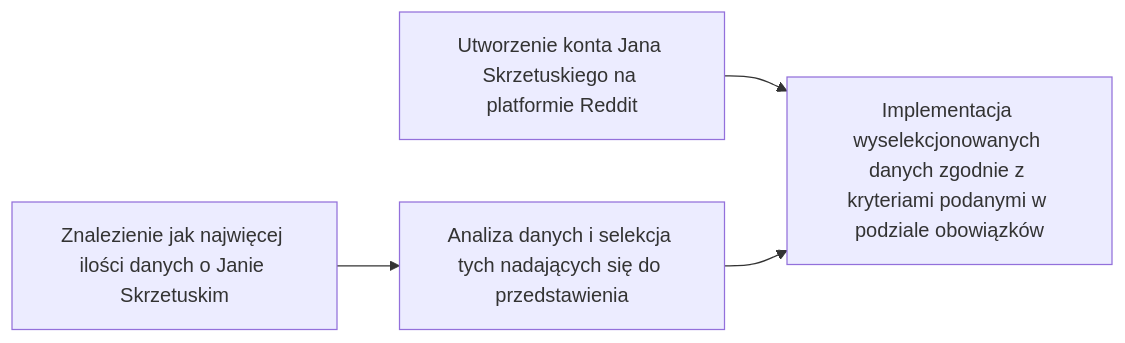
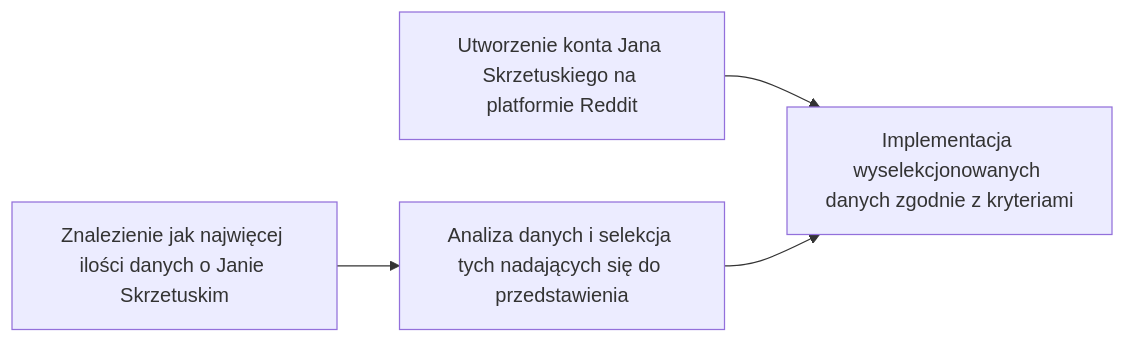
One commit to n-kodem/Jan-Skrzetuski_Twitter changed the diagram in README.md. Above: the diagram before and after it, drawn with Mermaid.

Commit message:
readme update

````diff
--- a/README.md
+++ b/README.md
@@ -25,6 +25,6 @@
 ```mermaid
 graph LR
     A1[Znalezienie jak najwięcej ilości danych o Janie Skrzetuskim] --> B[Analiza danych i selekcja tych nadających się do przedstawienia]
-    A2[Utworzenie konta Jana Skrzetuskiego na platformie Reddit] --> C[Implementacja wyselekcjonowanych danych zgodnie z kryteriami podanymi w podziale obowiązków]
+    A2[Utworzenie konta Jana Skrzetuskiego na platformie Reddit] --> C[Implementacja wyselekcjonowanych danych zgodnie z kryteriami]
     B --> C
 ```
````
